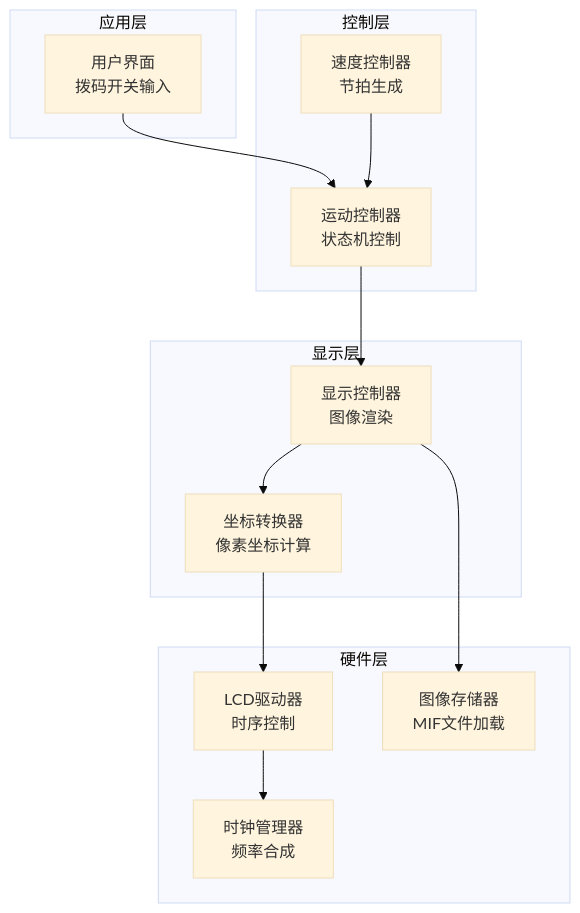
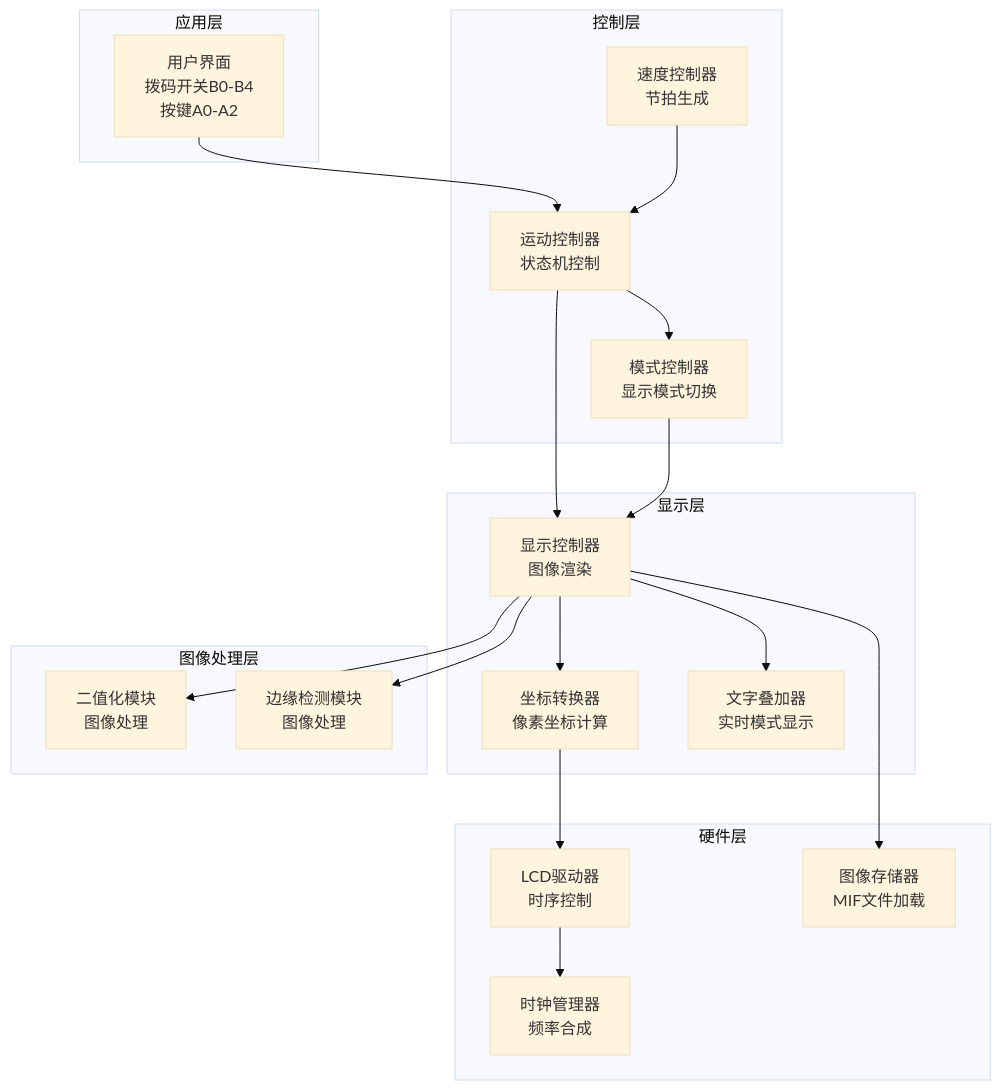
Before and after one commit to soupherexd/LCD_ROM_PIC: the first of 16 diagrams in .qoder/repowiki/zh/content/运动控制.md, drawn with Mermaid (base theme). The commit also changed other lines of this file and 5 other files, not shown here.

````diff
--- a/.qoder/repowiki/zh/content/运动控制.md
+++ b/.qoder/repowiki/zh/content/运动控制.md
@@ -39,26 +52,37 @@
 ```mermaid
 graph TB
 subgraph "应用层"
-UI[用户界面<br/>拨码开关输入]
+UI[用户界面<br/>拨码开关B0-B4<br/>按键A0-A2]
 end
 subgraph "控制层"
 CTRL[运动控制器<br/>状态机控制]
 SPEED[速度控制器<br/>节拍生成]
+MODE[模式控制器<br/>显示模式切换]
 end
 subgraph "显示层"
 DISPLAY[显示控制器<br/>图像渲染]
 COORD[坐标转换器<br/>像素坐标计算]
+TEXT[文字叠加器<br/>实时模式显示]
+end
+subgraph "图像处理层"
+BINARY[二值化模块<br/>图像处理]
+SOBEL[边缘检测模块<br/>图像处理]
 end
 subgraph "硬件层"
 DRIVER[LCD驱动器<br/>时序控制]
 PLL[时钟管理器<br/>频率合成]
 ROM[图像存储器<br/>MIF文件加载]
 end
 UI --> CTRL
+CTRL --> MODE
 CTRL --> DISPLAY
 SPEED --> CTRL
+MODE --> DISPLAY
 DISPLAY --> COORD
+DISPLAY --> BINARY
+DISPLAY --> SOBEL
+DISPLAY --> TEXT
 COORD --> DRIVER
 DRIVER --> PLL
 DISPLAY --> ROM
 ```
````
